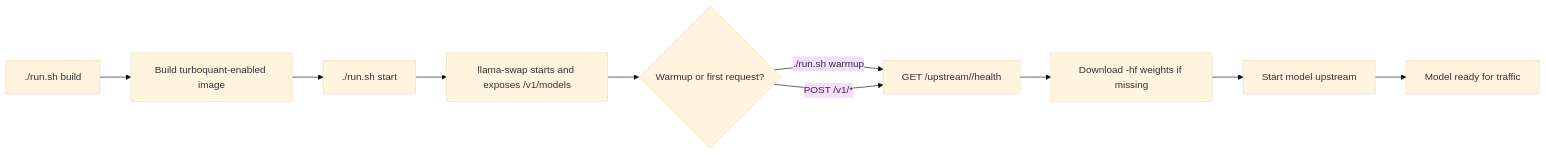
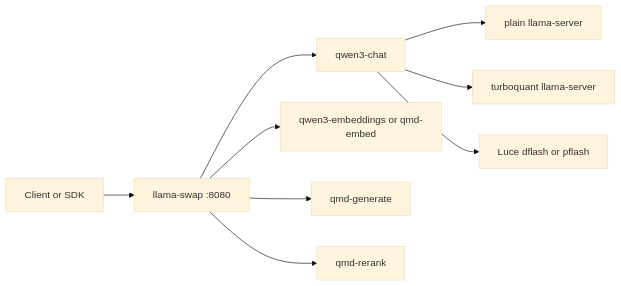
The diagram in README.md (loopyd/easyllama), drawn with Mermaid (base theme) before and after one commit. The commit also changed other lines of this file and 21 other files, not shown here.

````diff
--- a/README.md
+++ b/README.md
@@ -129,12 +62,12 @@
 ```mermaid
 flowchart LR
-  A[./run.sh build] --> B[Build turboquant-enabled image]
-  B --> C[./run.sh start]
-  C --> D[llama-swap starts and exposes /v1/models]
-  D --> E{Warmup or first request?}
-  E -->|./run.sh warmup| F[GET /upstream/<model>/health]
-  E -->|POST /v1/*| F
-  F --> G[Download -hf weights if missing]
-  G --> H[Start model upstream]
-  H --> I[Model ready for traffic]
+    Client[Client or SDK] --> Swap[llama-swap :8080]
+    Swap --> Chat[qwen3-chat]
+    Swap --> Embed[qwen3-embeddings or qmd-embed]
+    Swap --> Generate[qmd-generate]
+    Swap --> Rank[qmd-rerank]
+
+    Chat --> Basic[plain llama-server]
+    Chat --> Turbo[turboquant llama-server]
+    Chat --> Luce[Luce dflash or pflash]
 ```
````
